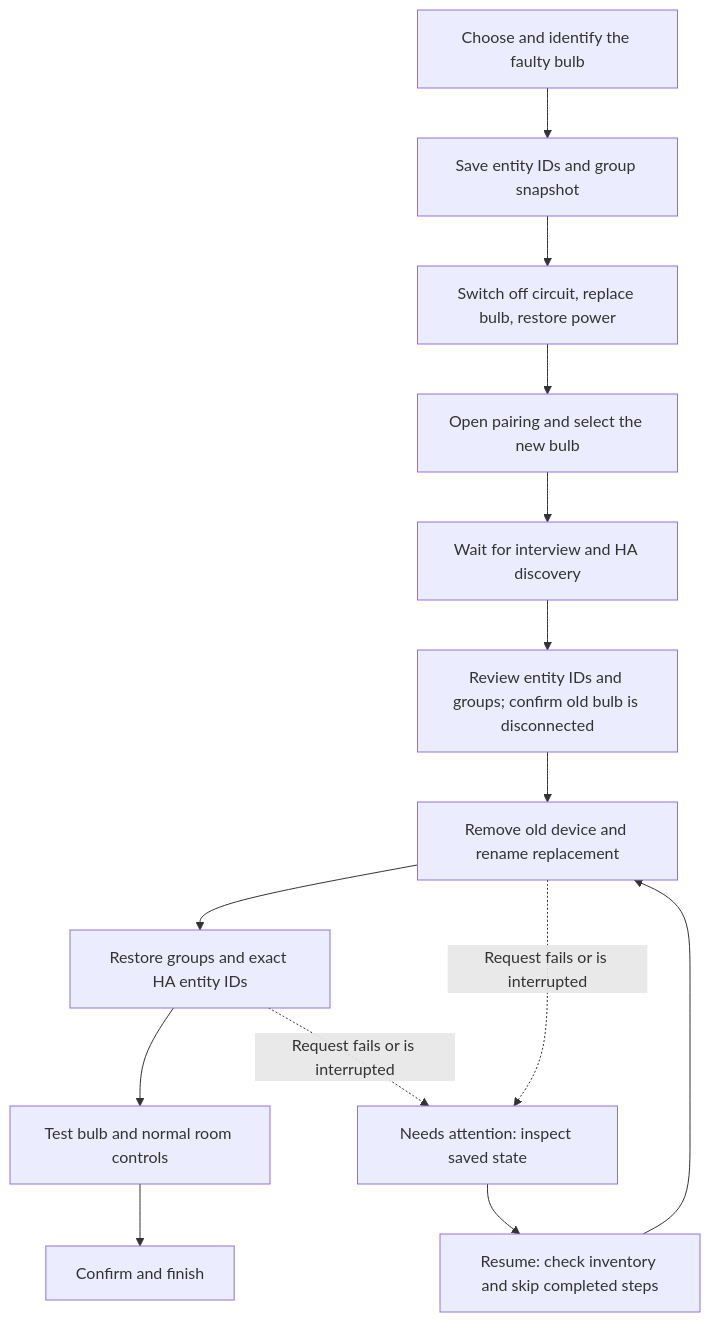
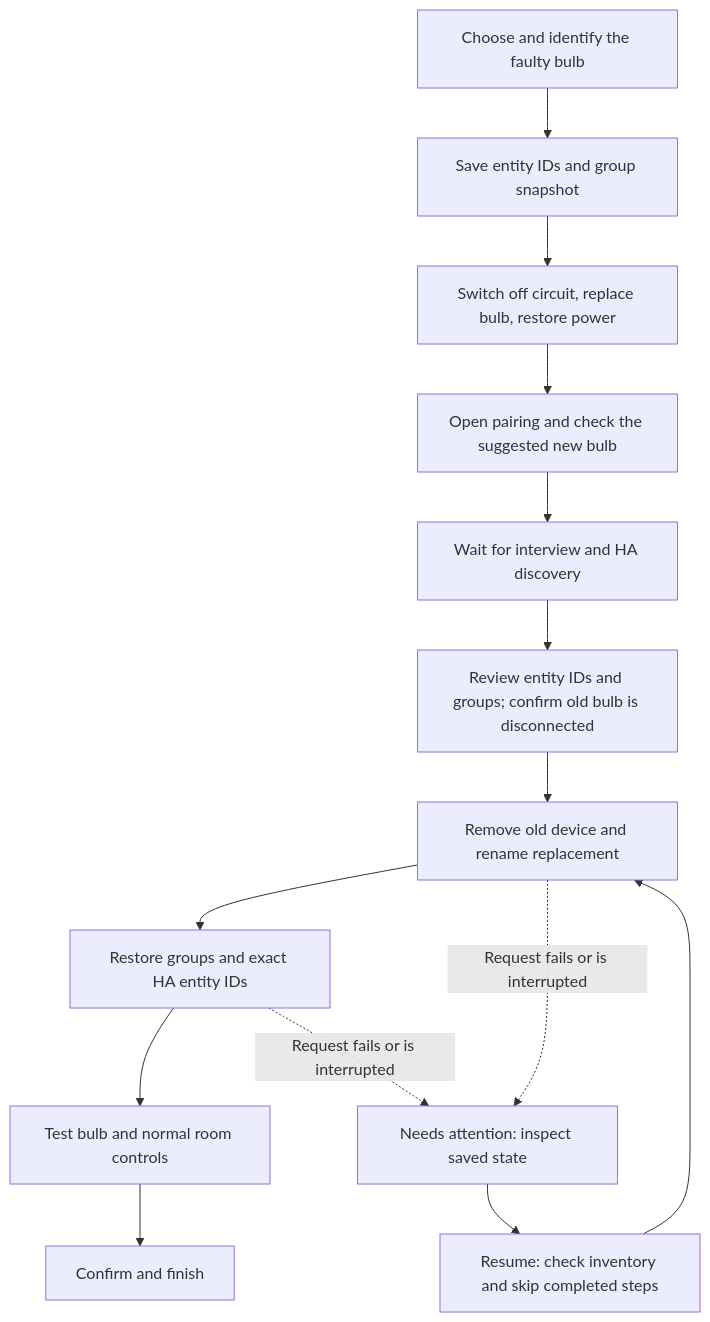
Before and after one commit to simonjgreen/z2m-device-swap: the diagram in README.md, drawn with Mermaid. The commit also changed other lines of this file and 15 other files, not shown here.

````diff
--- a/README.md
+++ b/README.md
@@ -38,16 +54,16 @@
 ```mermaid
 flowchart TD
     A[Choose and identify the faulty bulb] --> B[Save entity IDs and group snapshot]
     B --> C[Switch off circuit, replace bulb, restore power]
-    C --> D[Open pairing and select the new bulb]
+    C --> D[Open pairing and check the suggested new bulb]
     D --> E[Wait for interview and HA discovery]
     E --> F[Review entity IDs and groups; confirm old bulb is disconnected]
     F --> G[Remove old device and rename replacement]
     G --> H[Restore groups and exact HA entity IDs]
     H --> I[Test bulb and normal room controls]
     I --> J[Confirm and finish]
     G -. Request fails or is interrupted .-> K[Needs attention: inspect saved state]
     H -. Request fails or is interrupted .-> K
     K --> L[Resume: check inventory and skip completed steps]
     L --> G
 ```
````
